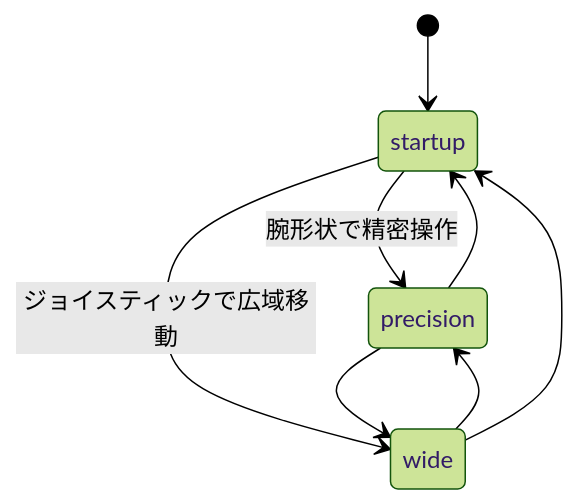
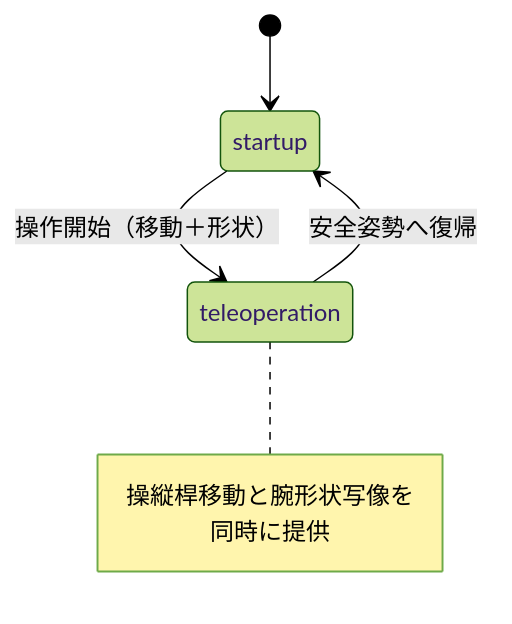
One commit to Tomoya-Oku/jsk_aerial_robot changed the third of 6 diagrams in robots/dracomancer/README.md. Above: the diagram before and after it, drawn with Mermaid (forest theme). The commit also changed other lines of this file and 8 other files, not shown here.

````diff
--- a/robots/dracomancer/README.md
+++ b/robots/dracomancer/README.md
@@ -101,10 +101,9 @@
 ```mermaid
 stateDiagram-v2
     [*] --> startup
-    startup --> precision: 腕形状で精密操作
-    startup --> wide: ジョイスティックで広域移動
-    precision --> wide
-    wide --> precision
-    precision --> startup
-    wide --> startup
+    startup --> teleoperation: 操作開始（移動＋形状）
+    teleoperation --> startup: 安全姿勢へ復帰
+    note right of teleoperation
+      操縦桿移動と腕形状写像を同時に提供
+    end note
 ```
````
